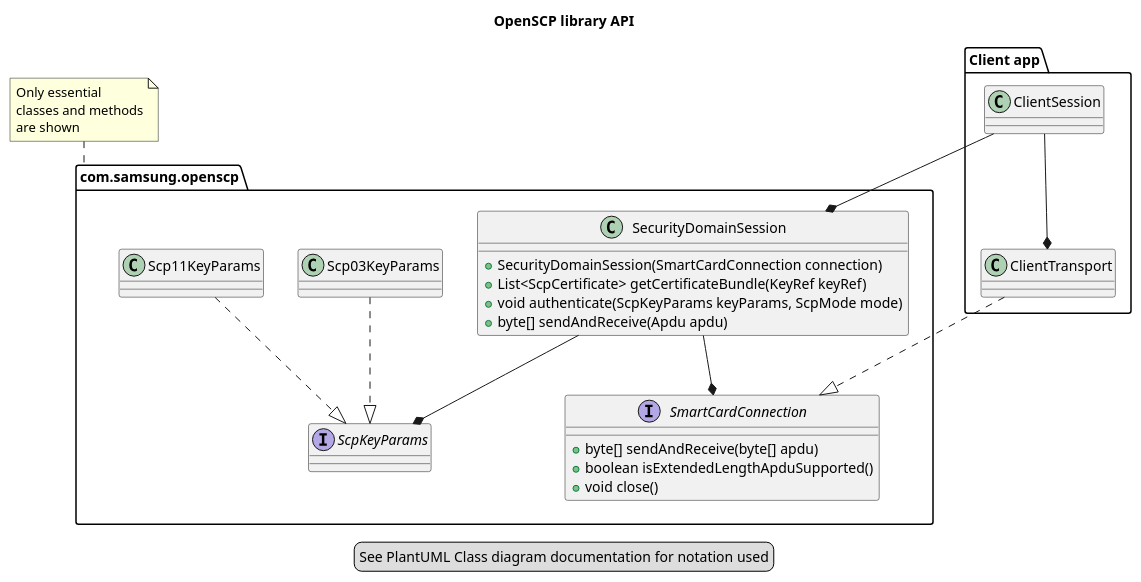
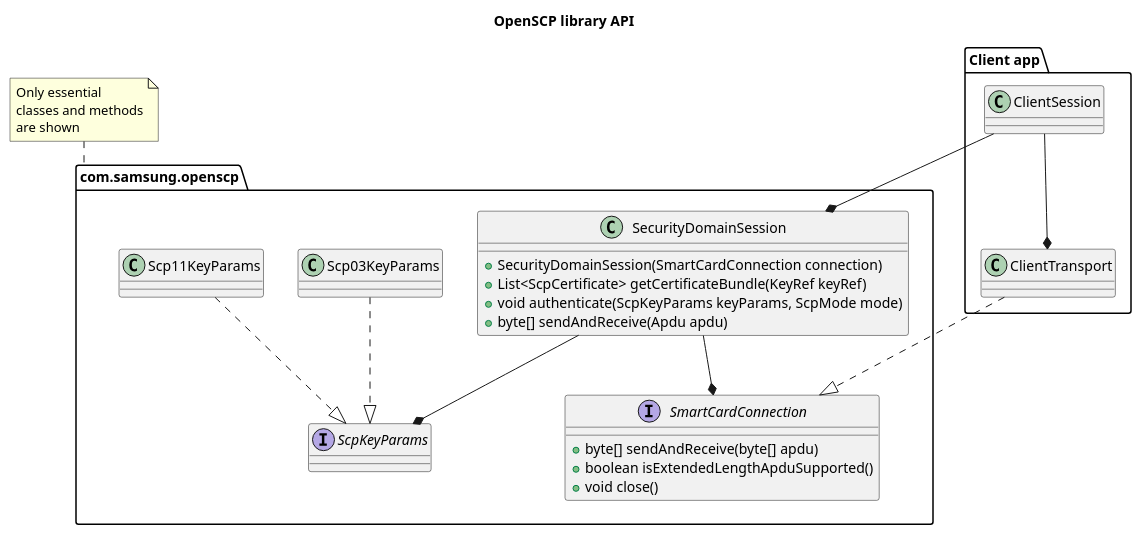
Before and after one commit to Samsung/OpenSCP-Java: the diagram in docs/design/classes_diagram.puml, drawn with PlantUML. The commit also changed 1 other file, not shown here.

Commit message:
docs: remove legend from classes diagram

```diff
--- a/docs/design/classes_diagram.puml
+++ b/docs/design/classes_diagram.puml
@@ -1,47 +1,43 @@
 @startuml
 
 set separator none
 
 title OpenSCP library API
 
 package com.samsung.openscp as openscp {
     class SecurityDomainSession {
         + SecurityDomainSession(SmartCardConnection connection)
         + List<ScpCertificate> getCertificateBundle(KeyRef keyRef)
         + void authenticate(ScpKeyParams keyParams, ScpMode mode)
         + byte[] sendAndReceive(Apdu apdu)
     }
 
     interface SmartCardConnection {
         + byte[] sendAndReceive(byte[] apdu)
         + boolean isExtendedLengthApduSupported()
         + void close()
     }
 
     interface ScpKeyParams
     class Scp03KeyParams
     class Scp11KeyParams
 
     SecurityDomainSession --* SmartCardConnection
     SecurityDomainSession --* ScpKeyParams
     Scp03KeyParams ..|> ScpKeyParams
     Scp11KeyParams ..|> ScpKeyParams
 }
 
 package "Client app" {
     class ClientSession
     class ClientTransport
 
     ClientSession --* ClientTransport
 }
 
 ClientSession --* SecurityDomainSession
 ClientTransport ..|> SmartCardConnection
 
 note top of openscp: Only essential\nclasses and methods\nare shown
 
-legend
-    See PlantUML Class diagram documentation for notation used
-end legend
-
 @enduml
```
